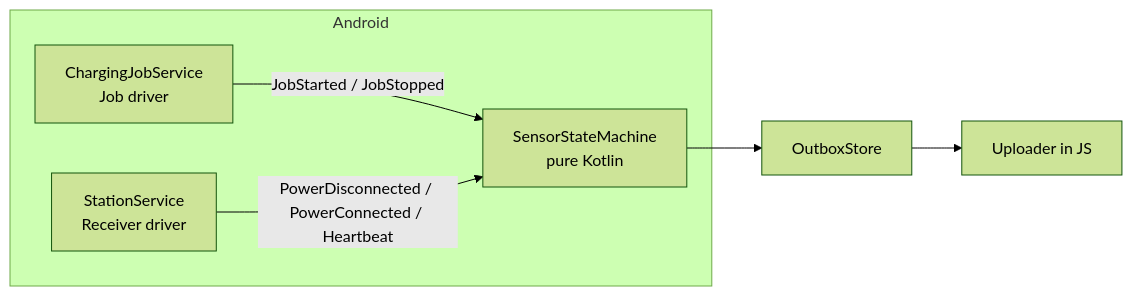
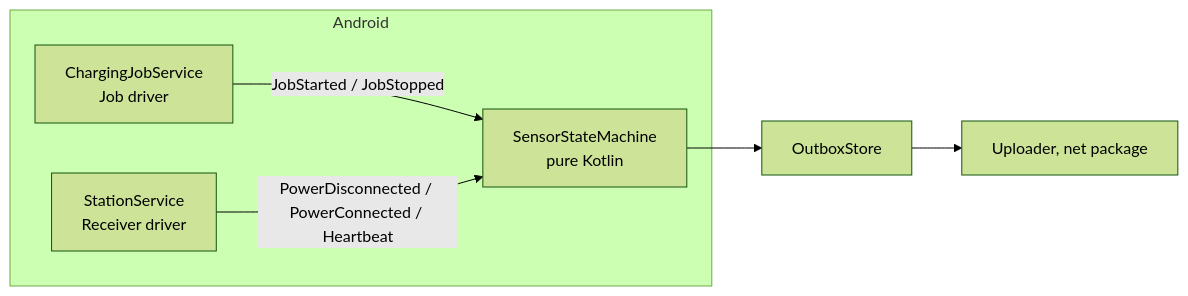
The first of 5 diagrams in .kiro/specs/station-mode/design.md (3akare/outage), drawn with Mermaid (forest theme) before and after one commit. The commit also changed other lines of this file and 108 other files, not shown here.

````diff
--- a/.kiro/specs/station-mode/design.md
+++ b/.kiro/specs/station-mode/design.md
@@ -9,9 +9,9 @@
 ```mermaid
 flowchart LR
     subgraph Android
       J[ChargingJobService<br/>Job driver] -->|JobStarted / JobStopped| SM
       R[StationService<br/>Receiver driver] -->|PowerDisconnected / PowerConnected / Heartbeat| SM
     end
     SM[SensorStateMachine<br/>pure Kotlin] --> DB[OutboxStore]
-    DB --> UP[Uploader in JS]
+    DB --> UP[Uploader, net package]
 ```
````
